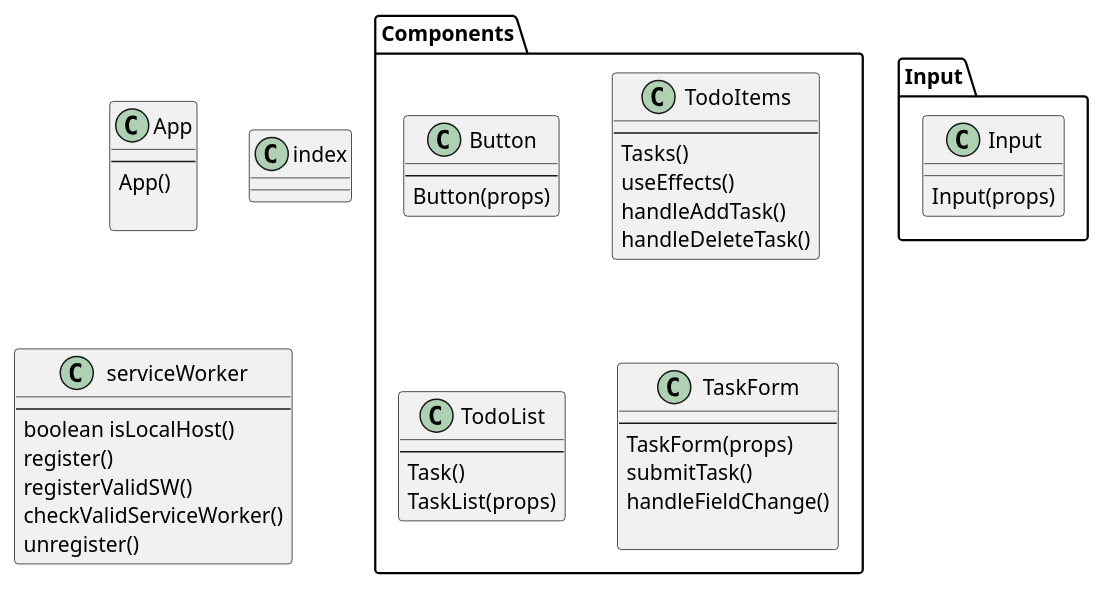
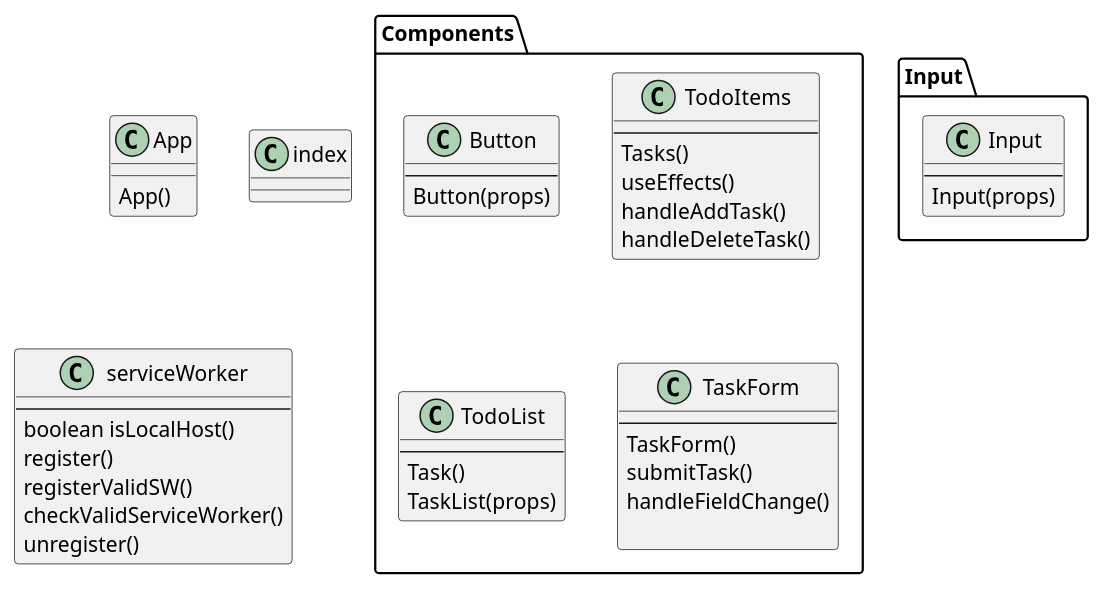
The diagram in klasseDiagramFront.puml (olejbl/-IT1901), drawn with PlantUML before and after one commit. The commit also changed 2 other files, not shown here.

Commit message:
update and finish sequence diagram #20

```diff
--- a/klasseDiagramFront.puml
+++ b/klasseDiagramFront.puml
@@ -1,52 +1,53 @@
-@startuml
+@startuml class
 
 class App {
----
+
 App()
 
 }
 class index{
 }
 
 class serviceWorker{
 ---
 boolean isLocalHost()
 register()
 registerValidSW()
 checkValidServiceWorker()
 unregister()
 }
 
 class Components.Button{
 ---
 Button(props)
 }
 
 class Components.TodoItems{
 ---
 Tasks()
 useEffects()
 handleAddTask()
 handleDeleteTask()
  }
 
 class Components.TodoList{
 ---
 Task()
 TaskList(props)
 }
 
 class Components.TaskForm{
 ---
-TaskForm(props)
+TaskForm()
 submitTask()
 handleFieldChange()
 
 }
 
 class Input.Input {
+---
 Input(props)
 }
 
 
 @enduml
```
